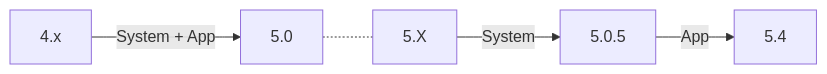
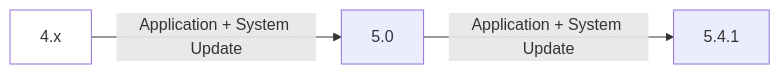
The diagram in Etrel Inch Firmware Update Procedure.md (Thundergrid149/Thundergrid-Installer-Instructions), drawn with Mermaid before and after one commit. The commit also changed other lines of this file, not shown here.

````diff
--- a/Etrel Inch Firmware Update Procedure.md
+++ b/Etrel Inch Firmware Update Procedure.md
@@ -42,9 +50,9 @@
 ```mermaid
 flowchart LR
 
-Z[4.x]-->|System + App|Y
-Y[5.0]-.-A
-A[5.X]-->| System |B
-B[5.0.5]-->| App |C
-C[5.4]
+Z[4.x]-->|Application + System Update|Y
+Y[5.0]-->|Application + System Update |E
+E[5.4.1]
+
+style Z fill:#FFFFFF
 ```
````
